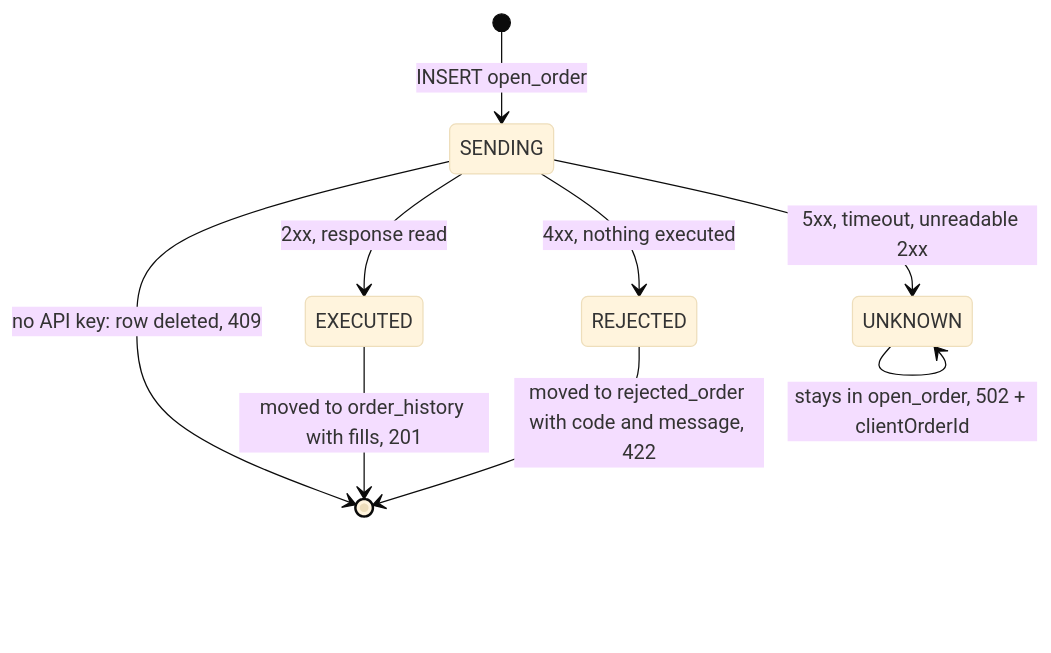
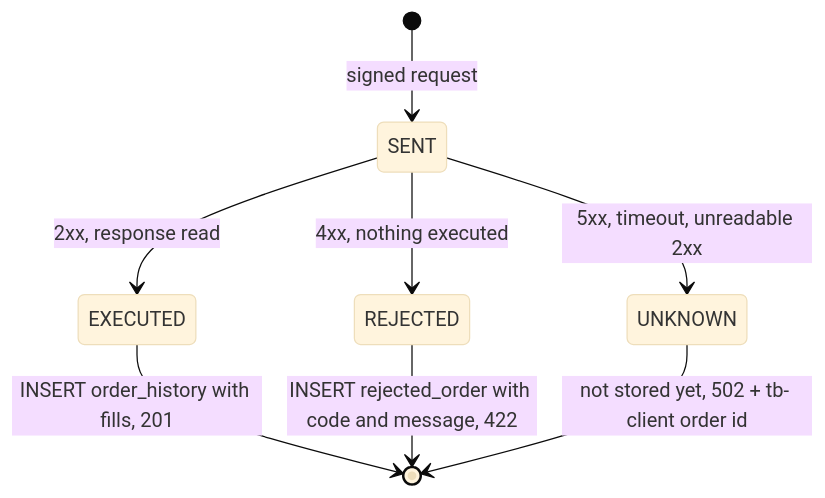
Before and after one commit to ShadowOfDiablo/t212-coding-task: diagram 12 of 20 in docs/ARCHITECTURE.md, drawn with Mermaid (base theme). The commit also changed other lines of this file and 28 other files, not shown here.

First line of the commit message:
Key live orders by Binance's order id and return list records (#14)

````diff
--- a/docs/ARCHITECTURE.md
+++ b/docs/ARCHITECTURE.md
@@ -461,11 +461,10 @@
 ```mermaid
 stateDiagram-v2
-    [*] --> SENDING: INSERT open_order
-    SENDING --> EXECUTED: 2xx, response read
-    SENDING --> REJECTED: 4xx, nothing executed
-    SENDING --> UNKNOWN: 5xx, timeout, unreadable 2xx
-    SENDING --> [*]: no API key: row deleted, 409
-    EXECUTED --> [*]: moved to order_history with fills, 201
-    REJECTED --> [*]: moved to rejected_order with code and message, 422
-    UNKNOWN --> UNKNOWN: stays in open_order, 502 + clientOrderId
+    [*] --> SENT: signed request
+    SENT --> EXECUTED: 2xx, response read
+    SENT --> REJECTED: 4xx, nothing executed
+    SENT --> UNKNOWN: 5xx, timeout, unreadable 2xx
+    EXECUTED --> [*]: INSERT order_history with fills, 201
+    REJECTED --> [*]: INSERT rejected_order with code and message, 422
+    UNKNOWN --> [*]: not stored yet, 502 + tb- client order id
 ```
````
